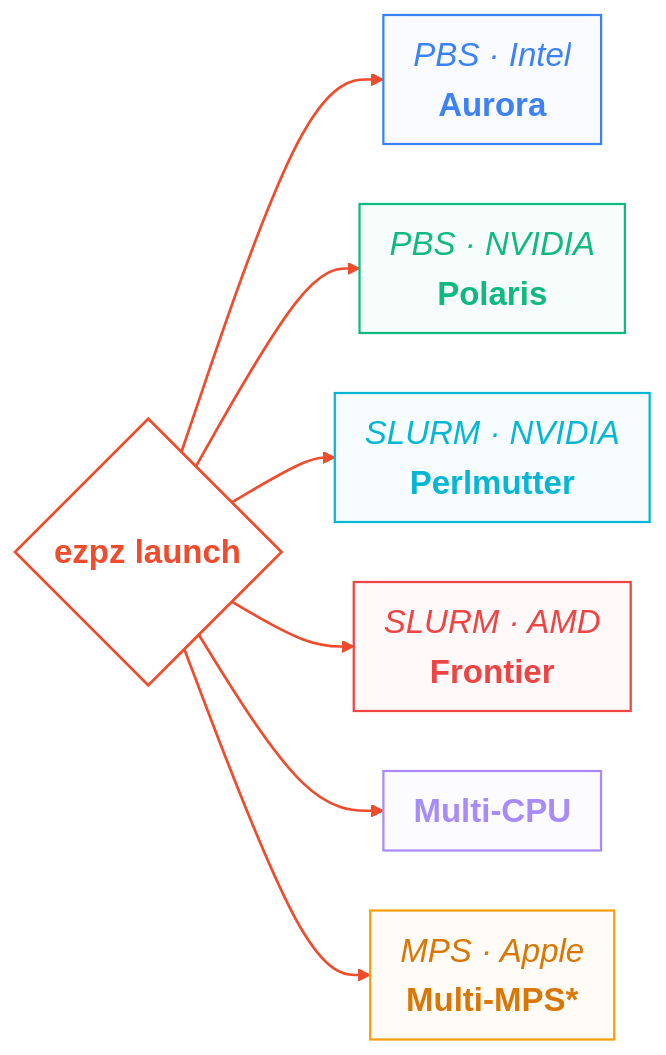
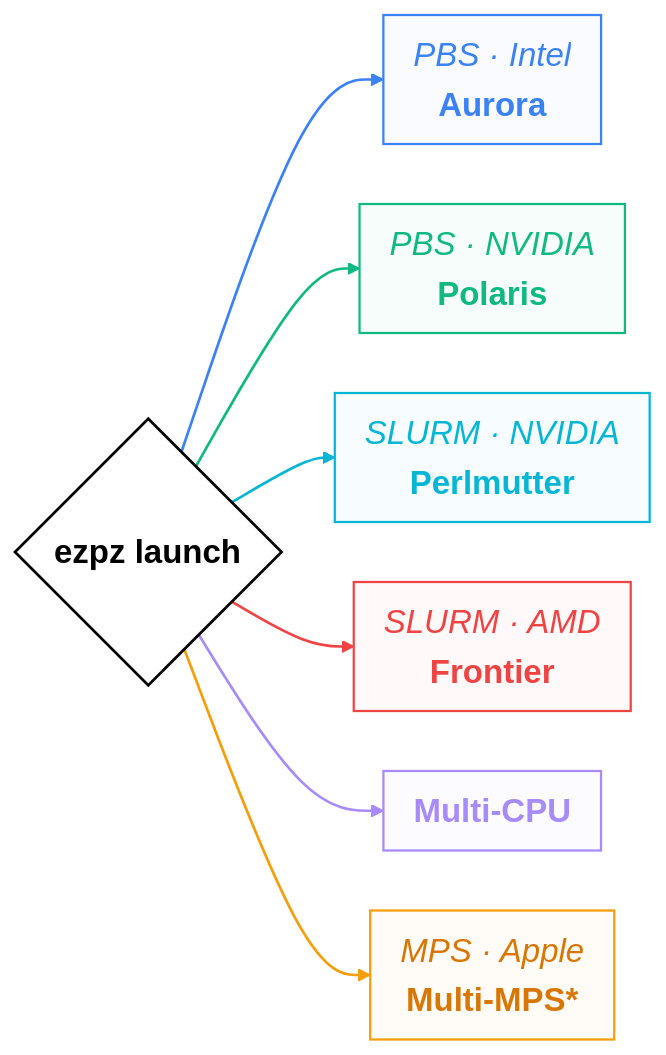
The second of 6 diagrams in web/src/pages/talks/2026/11/20/index.mdx (saforem2/samf.sh), drawn with Mermaid before and after one commit. The commit also changed other lines of this file, not shown here.

Commit message:
docs(slides): restore theme-aware hub/edges in launch diagram
- pele passes currentColor through, so hub picks up the slide foreground token
- hub fill/stroke/label driven by CSS vars (pele emits inline styles, so overrides use !important)
- restore the per-edge palette (aurora/polaris/perlmutter/frontier/mac/mps) from codex version

````diff
--- a/web/src/pages/talks/2026/11/20/index.mdx
+++ b/web/src/pages/talks/2026/11/20/index.mdx
@@ -121,27 +121,32 @@
 ```mermaid
 %%{init: {'themeVariables': {'fontSize': '22px'}, 'flowchart': {'nodeSpacing': 40, 'rankSpacing': 36, 'padding': 10}}}%%
 flowchart LR
     EZ{"<span style='font-weight:700'>ezpz launch</span>"}
     EZ --> AURORA["<i>PBS · Intel</i><br/><span style='font-weight:700'>Aurora</span>"]
     EZ --> POLARIS["<i>PBS · NVIDIA</i><br/><span style='font-weight:700'>Polaris</span>"]
     EZ --> PM["<i>SLURM · NVIDIA</i><br/><span style='font-weight:700'>Perlmutter</span>"]
     EZ --> FRONTIER["<i>SLURM · AMD</i><br/><span style='font-weight:700'>Frontier</span>"]
     EZ --> MAC["<span style='font-weight:700'>Multi-CPU</span>"]
     EZ --> MPS["<i>MPS · Apple</i><br/><span style='font-weight:700'>Multi-MPS*</span>"]
 
-    classDef hub        fill:none,stroke:#ee4c2c,color:#ee4c2c,stroke-width:1.8px
-    linkStyle default stroke:#ee4c2c,stroke-width:1.8px
+    classDef hub        fill:none,stroke:currentColor,color:currentColor,stroke-width:1.8px
+    linkStyle 0 stroke:#3b82f6,stroke-width:1.8px
+    linkStyle 1 stroke:#10b981,stroke-width:1.8px
+    linkStyle 2 stroke:#06b6d4,stroke-width:1.8px
+    linkStyle 3 stroke:#ef4444,stroke-width:1.8px
+    linkStyle 4 stroke:#a78bfa,stroke-width:1.8px
+    linkStyle 5 stroke:#f59e0b,stroke-width:1.8px
     classDef aurora     fill:#3b82f608,stroke:#3b82f6,color:#3b82f6,stroke-width:1.5px
     classDef polaris    fill:#10b98108,stroke:#10b981,color:#10b981,stroke-width:1.5px
     classDef perlmutter fill:#06b6d408,stroke:#06b6d4,color:#06b6d4,stroke-width:1.5px
     classDef frontier   fill:#ef444408,stroke:#ef4444,color:#ef4444,stroke-width:1.5px
     classDef mac        fill:#a78bfa08,stroke:#a78bfa,color:#a78bfa,stroke-width:1.5px
     classDef mps        fill:#f59e0b08,stroke:#f59e0b,color:#d97706,stroke-width:1.5px
     class EZ hub
     class AURORA aurora
     class POLARIS polaris
     class PM perlmutter
     class FRONTIER frontier
     class MAC mac
     class MPS mps
 ```
````
